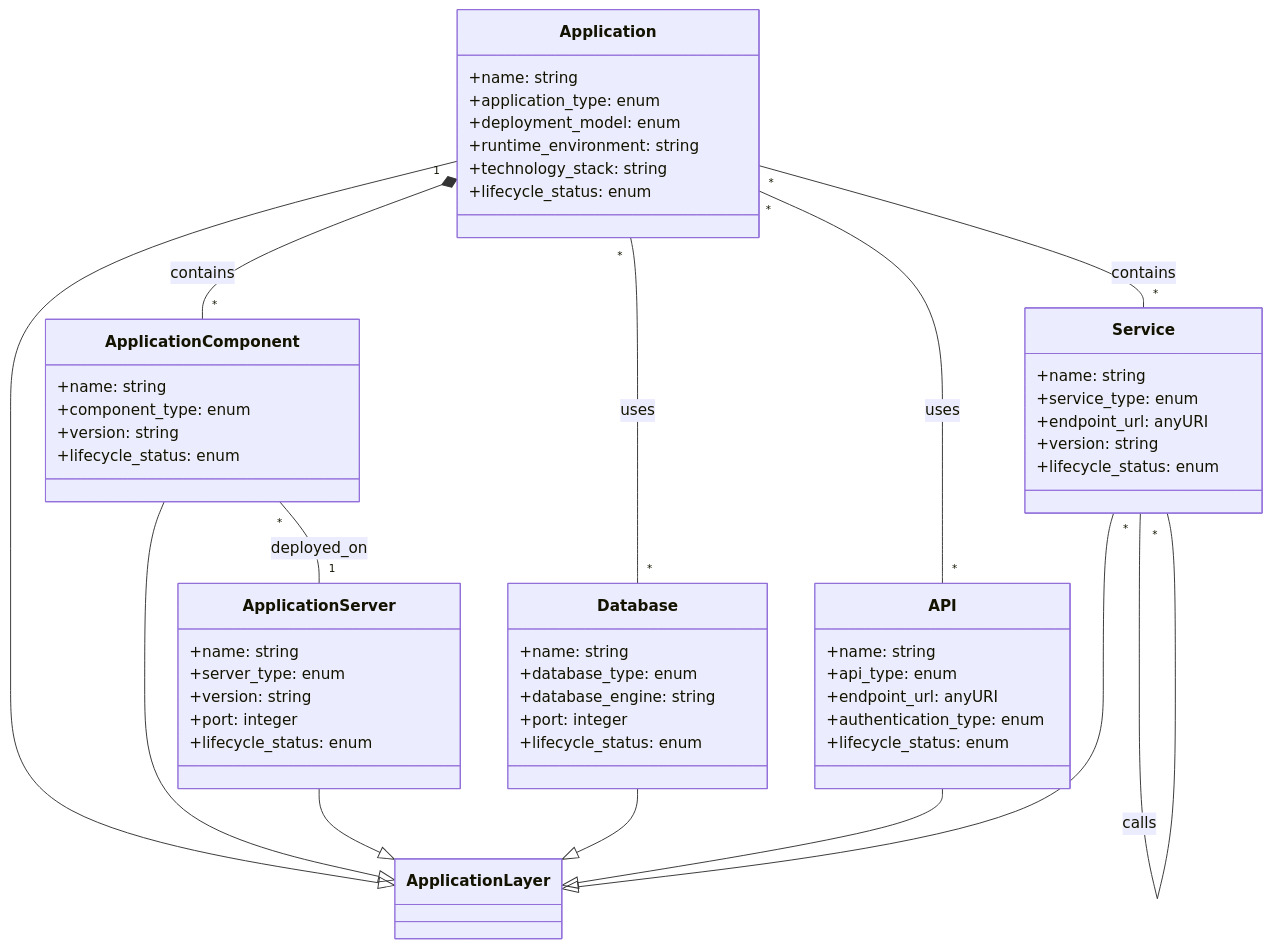
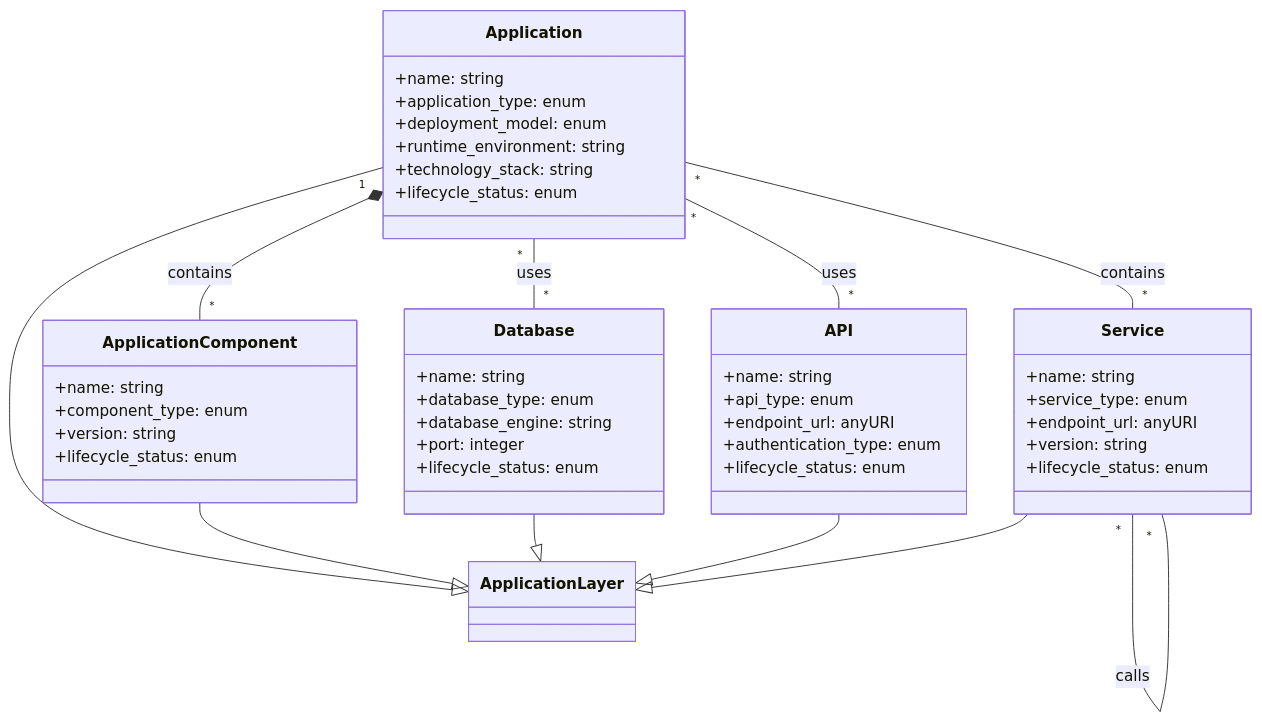
One commit to usumfabricae/it-digital-twin-model changed the third of 27 diagrams in ontology/VISUAL_DIAGRAMS.md. Above: the diagram before and after it, drawn with Mermaid. The commit also changed other lines of this file and 7 other files, not shown here.

First line of the commit message:
refactor: Move ApplicationServer from Layer 2 to Layer 4

````diff
--- a/ontology/VISUAL_DIAGRAMS.md
+++ b/ontology/VISUAL_DIAGRAMS.md
@@ -153,64 +155,54 @@
 ```mermaid
 classDiagram
     class Application {
         +name: string
         +application_type: enum
         +deployment_model: enum
         +runtime_environment: string
         +technology_stack: string
         +lifecycle_status: enum
     }
     
     class ApplicationComponent {
         +name: string
         +component_type: enum
         +version: string
-        +lifecycle_status: enum
-    }
-    
-    class ApplicationServer {
-        +name: string
-        +server_type: enum
-        +version: string
-        +port: integer
         +lifecycle_status: enum
     }
     
     class Service {
         +name: string
         +service_type: enum
         +endpoint_url: anyURI
         +version: string
         +lifecycle_status: enum
     }
     
     class API {
         +name: string
         +api_type: enum
         +endpoint_url: anyURI
         +authentication_type: enum
         +lifecycle_status: enum
     }
     
     class Database {
         +name: string
         +database_type: enum
         +database_engine: string
         +port: integer
         +lifecycle_status: enum
     }
     
     Application --|> ApplicationLayer
     ApplicationComponent --|> ApplicationLayer
-    ApplicationServer --|> ApplicationLayer
     Service --|> ApplicationLayer
     API --|> ApplicationLayer
     Database --|> ApplicationLayer
     
     Application "1" *-- "*" ApplicationComponent : contains
-    ApplicationComponent "*" -- "1" ApplicationServer : deployed_on
     Application "*" -- "*" Database : uses
     Application "*" -- "*" API : uses
     Service "*" -- "*" Service : calls
     Application "*" -- "*" Service : contains
 ```
````
